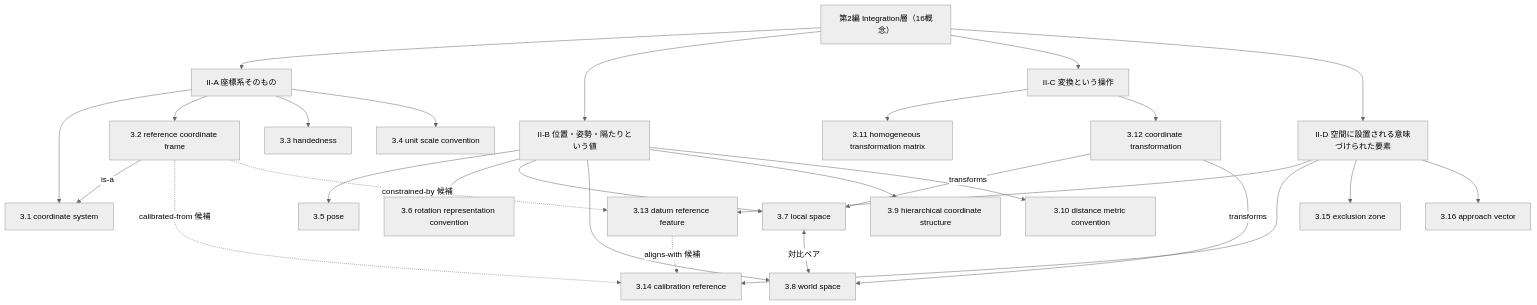
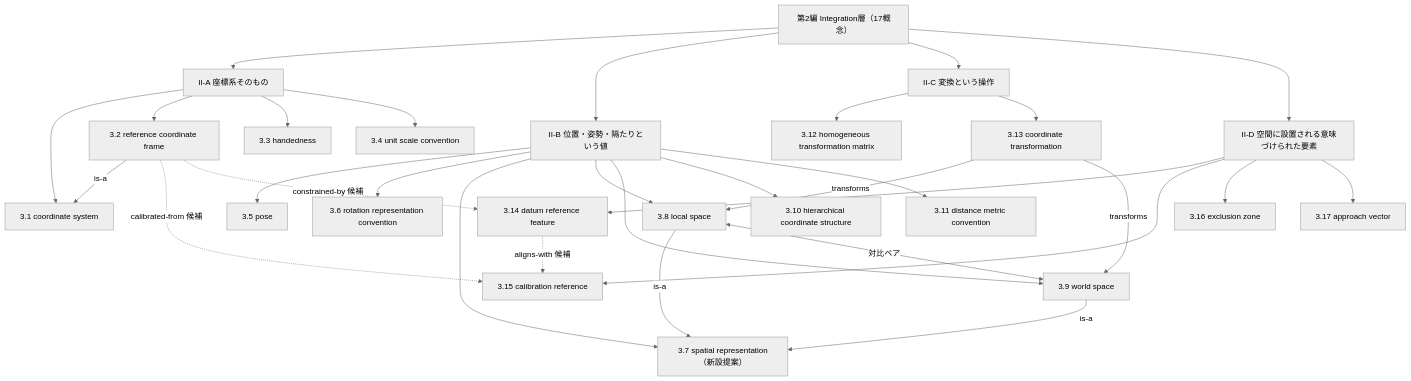
The second of 2 diagrams in pilot/part2-integration.md (yuubae215/my-dictionary), drawn with Mermaid (neutral theme) before and after one commit. The commit also changed other lines of this file and 8 other files, not shown here.

````diff
--- a/pilot/part2-integration.md
+++ b/pilot/part2-integration.md
@@ -406,33 +432,36 @@
 ```mermaid
 flowchart TB
-    P2["第2編 Integration層（16概念）"]
+    P2["第2編 Integration層（17概念）"]
     P2 --> A["II-A 座標系そのもの"]
     P2 --> B["II-B 位置・姿勢・隔たりという値"]
     P2 --> C["II-C 変換という操作"]
     P2 --> D["II-D 空間に設置される意味づけられた要素"]
 
     A --> A1["3.1 coordinate system"]
     A --> A2["3.2 reference coordinate frame"]
     A --> A3["3.3 handedness"]
     A --> A4["3.4 unit scale convention"]
     B --> B1["3.5 pose"]
     B --> B2["3.6 rotation representation convention"]
-    B --> B3["3.7 local space"]
-    B --> B4["3.8 world space"]
-    B --> B5["3.9 hierarchical coordinate structure"]
-    B --> B6["3.10 distance metric convention"]
-    C --> C1["3.11 homogeneous transformation matrix"]
-    C --> C2["3.12 coordinate transformation"]
-    D --> D1["3.13 datum reference feature"]
-    D --> D2["3.14 calibration reference"]
-    D --> D3["3.15 exclusion zone"]
-    D --> D4["3.16 approach vector"]
+    B --> B0["3.7 spatial representation（新設提案）"]
+    B --> B3["3.8 local space"]
+    B --> B4["3.9 world space"]
+    B --> B5["3.10 hierarchical coordinate structure"]
+    B --> B6["3.11 distance metric convention"]
+    C --> C1["3.12 homogeneous transformation matrix"]
+    C --> C2["3.13 coordinate transformation"]
+    D --> D1["3.14 datum reference feature"]
+    D --> D2["3.15 calibration reference"]
+    D --> D3["3.16 exclusion zone"]
+    D --> D4["3.17 approach vector"]
 
     A2 -->|is-a| A1
+    B3 -->|is-a| B0
+    B4 -->|is-a| B0
     C2 -->|transforms| B3
     C2 -->|transforms| B4
     B3 <-->|"対比ペア"| B4
     D1 -.->|"aligns-with 候補"| D2
     A2 -.->|"calibrated-from 候補"| D2
     A2 -.->|"constrained-by 候補"| D1
 ```
````
